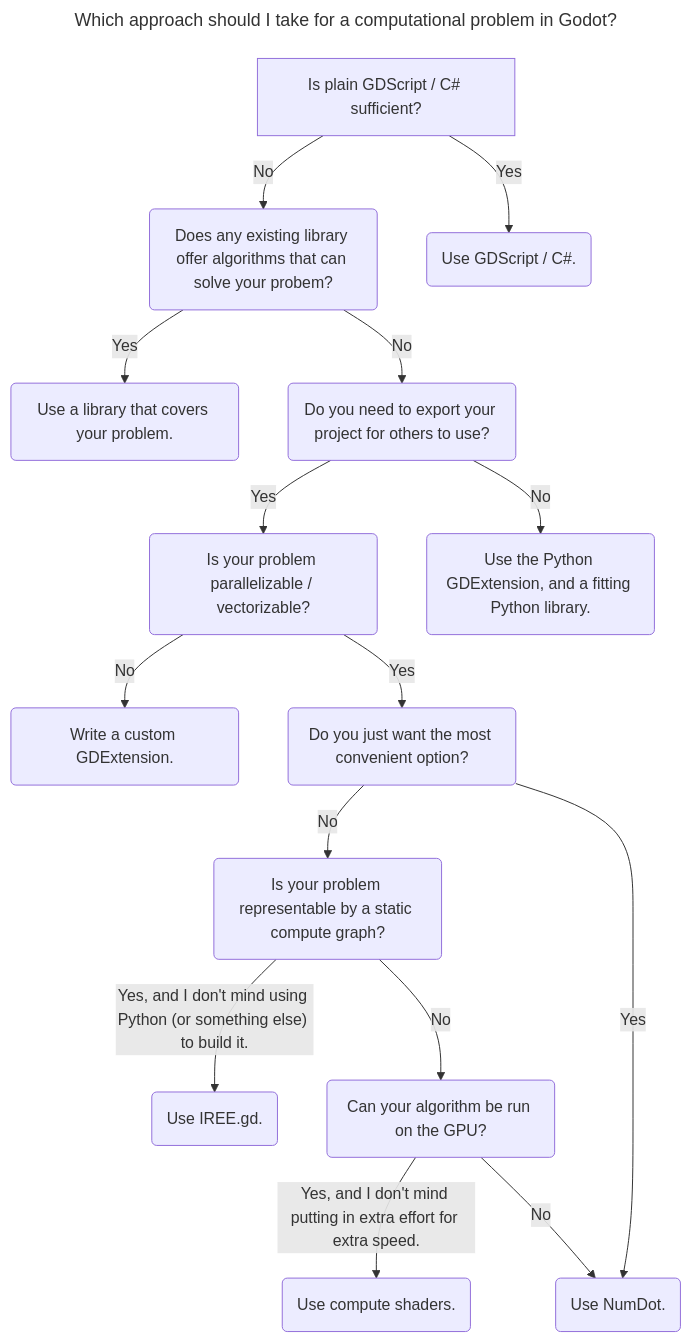
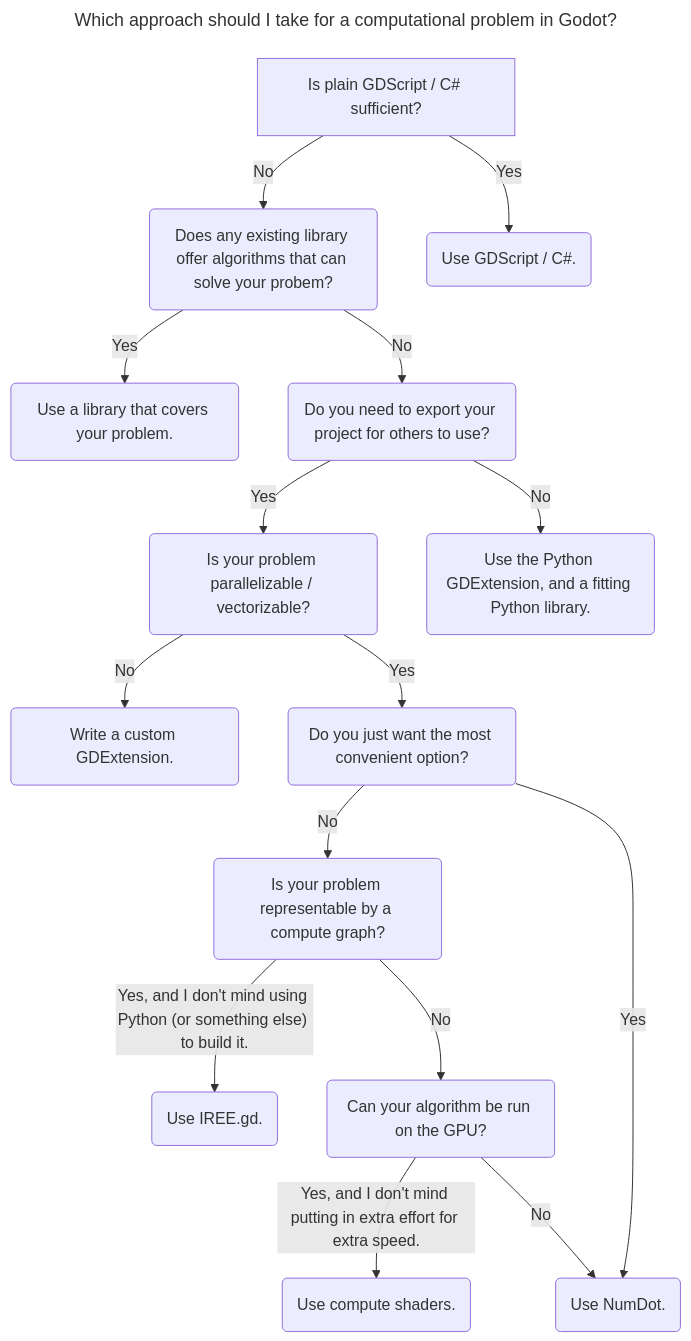
The diagram in README.md (Ivorforce/Awesome-Godot-Scientific), drawn with Mermaid before and after one commit.

````diff
--- a/README.md
+++ b/README.md
@@ -22,21 +22,21 @@
 ```mermaid
 ---
 title: Which approach should I take for a computational problem in Godot?
 ---
 
 flowchart TD
     Start[Is plain GDScript / C# sufficient?] -->|No| ExistingLibrary(Does any existing library offer algorithms that can solve your probem?)
     Start -->|Yes| GDScript(Use GDScript / C#.)
     ExistingLibrary -->|Yes| UseExistingLibrary(Use a library that covers your problem.)
     ExistingLibrary -->|No| Export(Do you need to export your project for others to use?)
     Export -->|Yes| Vectorizable(Is your problem parallelizable / vectorizable?)
     Export -->|No| Python(Use the Python GDExtension, and a fitting Python library.)
     Vectorizable -->|No| GDExtension(Write a custom GDExtension.)
     Vectorizable -->|Yes| Convenient(Do you just want the most convenient option?)
-    Convenient -->|No| Static(Is your problem representable by a static compute graph?)
+    Convenient -->|No| Static(Is your problem representable by a compute graph?)
     Convenient -->|Yes| NumDot(Use NumDot.)
     Static -->|"Yes, and I don't mind using Python (or something else) to build it."| IREE(Use IREE.gd.)
     Static -->|No| GPU("Can your algorithm be run on the GPU?")
     GPU -->|Yes, and I don't mind putting in extra effort for extra speed.| ComputeShader(Use compute shaders.)
     GPU -->|No| NumDot(Use NumDot.)
 ```
````
